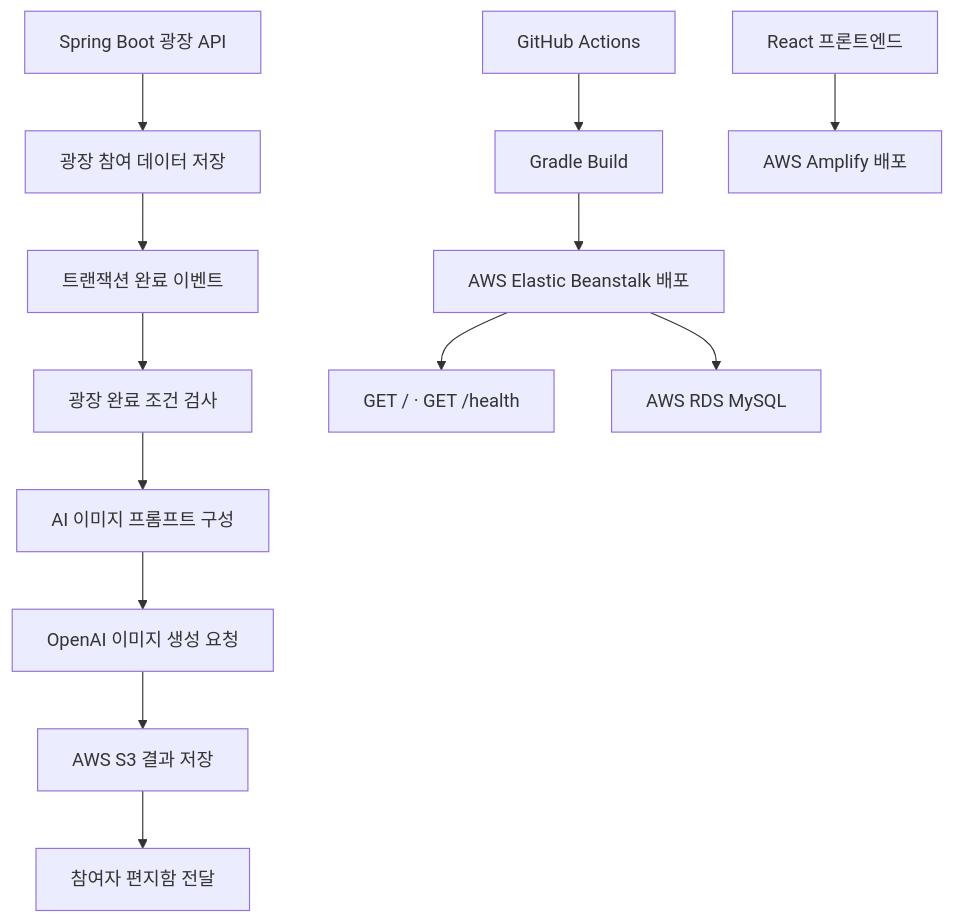
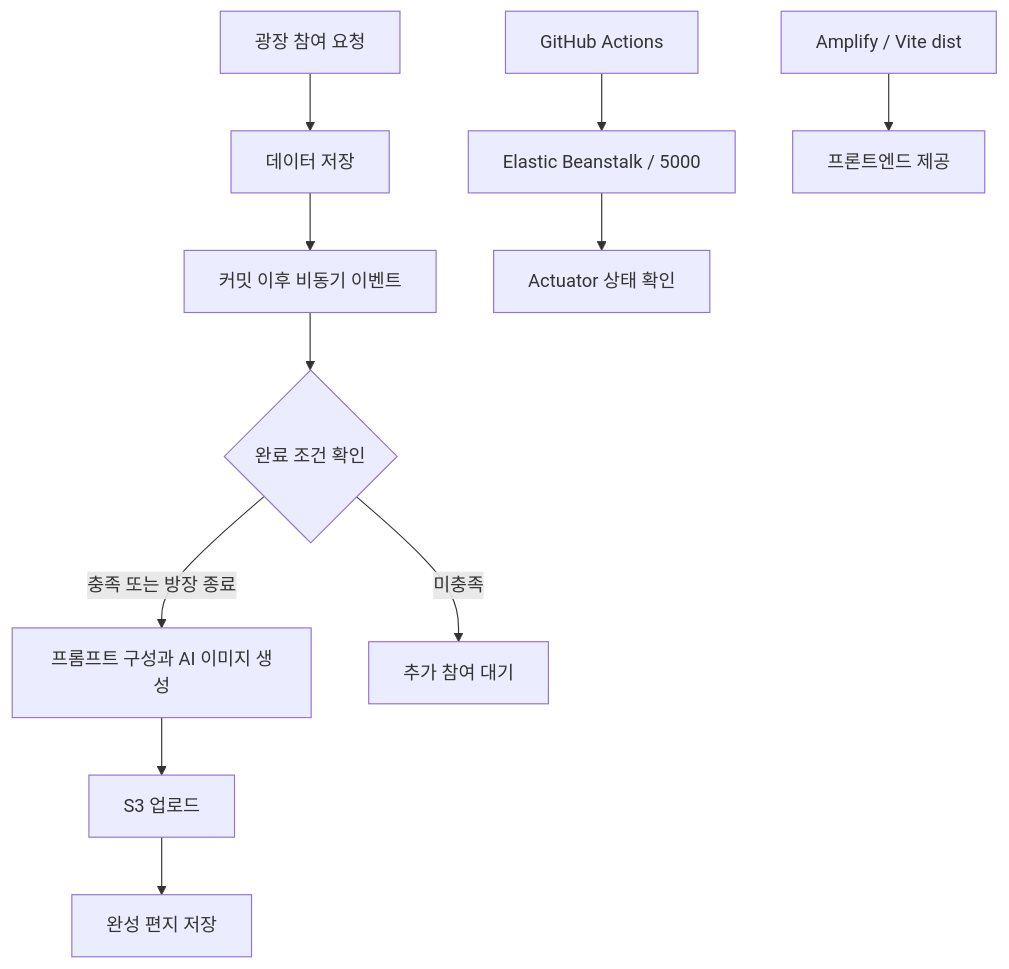
One commit to junyeong2107/weather-of-the-heart-portfolio changed the third of 5 diagrams in README.md. Above: the diagram before and after it, drawn with Mermaid. The commit also changed other lines of this file and 5 other files, not shown here.

````diff
--- a/README.md
+++ b/README.md
@@ -154,17 +143,13 @@
 ```mermaid
 flowchart TB
-    API["Spring Boot 광장 API"] --> Entry["광장 참여 데이터 저장"]
-    Entry --> Event["트랜잭션 완료 이벤트"]
-    Event --> Check["광장 완료 조건 검사"]
-    Check --> Prompt["AI 이미지 프롬프트 구성"]
-    Prompt --> Generate["OpenAI 이미지 생성 요청"]
-    Generate --> S3["AWS S3 결과 저장"]
-    S3 --> Letter["참여자 편지함 전달"]
-
-    Actions["GitHub Actions"] --> Build["Gradle Build"]
-    Build --> EB["AWS Elastic Beanstalk 배포"]
-    EB --> Health["GET / · GET /health"]
-    EB --> RDS["AWS RDS MySQL"]
-
-    FrontBuild["React 프론트엔드"] --> Amplify["AWS Amplify 배포"]
+    Request["광장 참여 요청"] --> Save["데이터 저장"]
+    Save --> Event["커밋 이후 비동기 이벤트"]
+    Event --> Ready{"완료 조건 확인"}
+    Ready -->|"충족 또는 방장 종료"| AI["프롬프트 구성과 AI 이미지 생성"]
+    Ready -->|"미충족"| Wait["추가 참여 대기"]
+    AI --> S3["S3 업로드"]
+    S3 --> Mailbox["완성 편지 저장"]
+    Actions["GitHub Actions"] --> EB["Elastic Beanstalk / 5000"]
+    EB --> Health["Actuator 상태 확인"]
+    Amplify["Amplify / Vite dist"] --> Web["프론트엔드 제공"]
 ```
````
